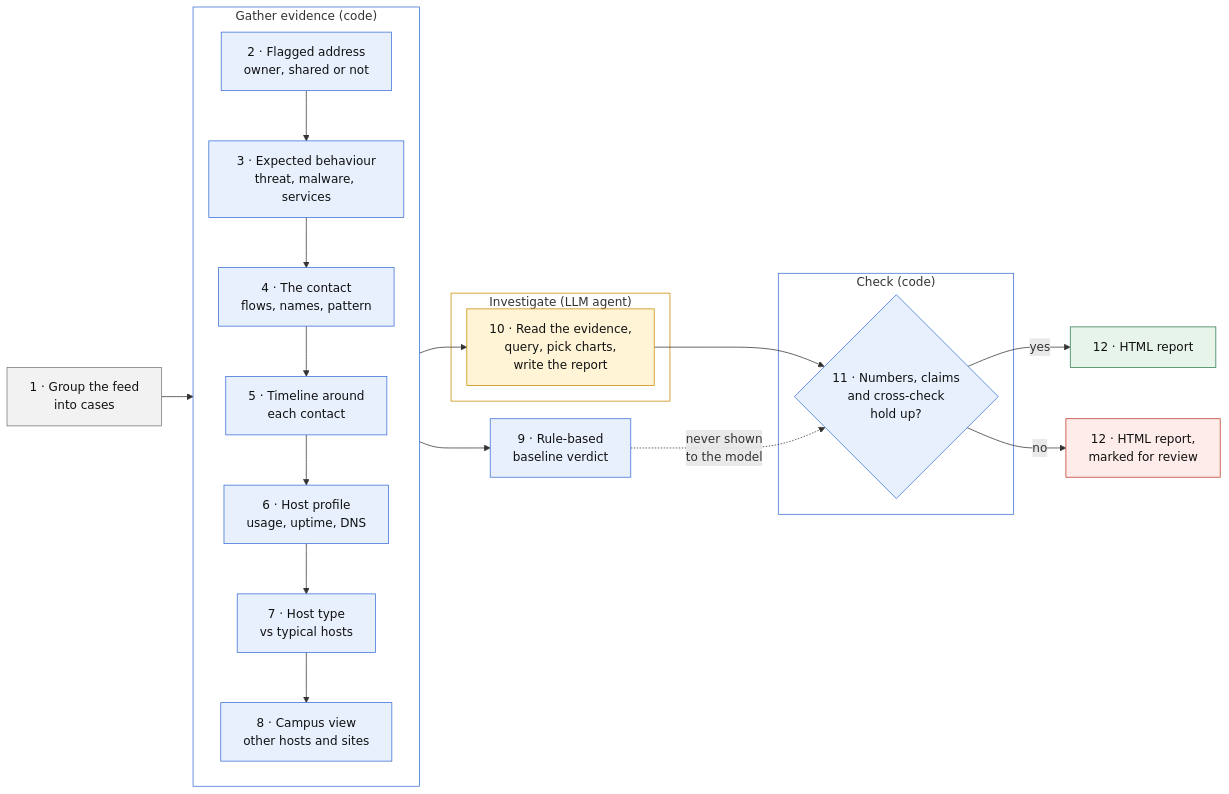
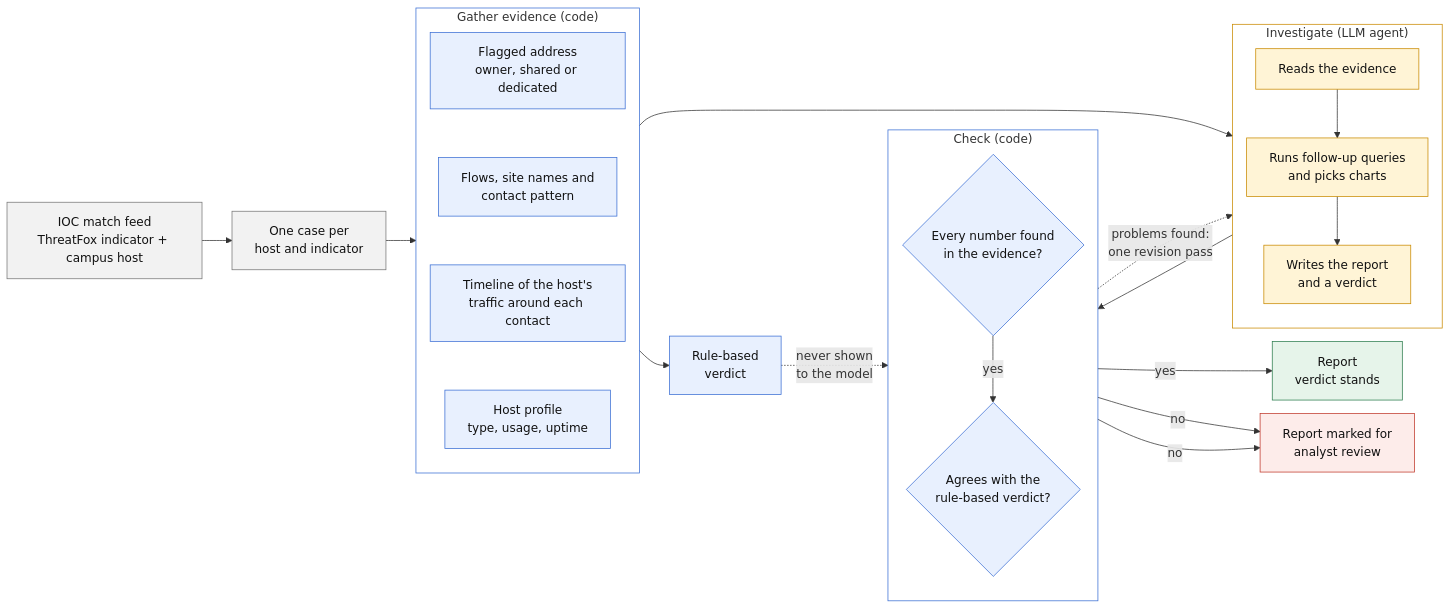
The first of 2 diagrams in README.md (Benji-code/automated-ioc-investigator), drawn with Mermaid before and after one commit.

Commit message:
Simplified workflow diagram

````diff
--- a/README.md
+++ b/README.md
@@ -33,47 +33,55 @@
 ```mermaid
-%%{init: {"flowchart": {"nodeSpacing": 22, "rankSpacing": 42}}}%%
+%%{init: {"flowchart": {"nodeSpacing": 18, "rankSpacing": 40}}}%%
 flowchart LR
-    s1["1 · Group the feed<br/>into cases"] --> gather
+    feed["IOC match feed<br/>ThreatFox indicator + campus host"] --> cases["One case per<br/>host and indicator"]
+    cases --> gather
 
     subgraph gather["Gather evidence (code)"]
         direction TB
-        s2["2 · Flagged address<br/>owner, shared or not"]
-        s3["3 · Expected behaviour<br/>threat, malware, services"]
-        s4["4 · The contact<br/>flows, names, pattern"]
-        s5["5 · Timeline around<br/>each contact"]
-        s6["6 · Host profile<br/>usage, uptime, DNS"]
-        s7["7 · Host type<br/>vs typical hosts"]
-        s8["8 · Campus view<br/>other hosts and sites"]
-        s2 --> s3 --> s4 --> s5 --> s6 --> s7 --> s8
+        g1["Flagged address<br/>owner, shared or dedicated"]
+        g2["Flows, site names and<br/>contact pattern"]
+        g3["Timeline of the host's<br/>traffic around each contact"]
+        g4["Host profile<br/>type, usage, uptime"]
+        g1 ~~~ g2 ~~~ g3 ~~~ g4
     end
 
-    gather --> s9["9 · Rule-based<br/>baseline verdict"]
-    gather --> s10
+    gather --> investigate
+    gather --> rules["Rule-based<br/>verdict"]
 
     subgraph investigate["Investigate (LLM agent)"]
-        s10["10 · Read the evidence,<br/>query, pick charts,<br/>write the report"]
+        direction TB
+        m1["Reads the evidence"]
+        m2["Runs follow-up queries<br/>and picks charts"]
+        m3["Writes the report<br/>and a verdict"]
+        m1 --> m2 --> m3
     end
 
+    investigate --> check
+
     subgraph check["Check (code)"]
-        s11{"11 · Numbers, claims<br/>and cross-check<br/>hold up?"}
+        direction TB
+        c1{"Every number found<br/>in the evidence?"}
+        c2{"Agrees with the<br/>rule-based verdict?"}
+        c1 -- yes --> c2
     end
 
-    s10 --> s11
-    s9 -. "never shown<br/>to the model" .-> s11
-    s11 -- yes --> s12["12 · HTML report"]
-    s11 -- "no" --> s12r["12 · HTML report,<br/>marked for review"]
+    rules -. "never shown<br/>to the model" .-> c2
+    check -. "problems found:<br/>one revision pass" .-> investigate
+    c2 -- yes --> done["Report<br/>verdict stands"]
+    c1 -- no --> review["Report marked for<br/>analyst review"]
+    c2 -- no --> review
 
     classDef code fill:#e8f0fe,stroke:#3b6fd4,color:#111
     classDef model fill:#fff4d6,stroke:#c98a00,color:#111
     classDef io fill:#f2f2f2,stroke:#777,color:#111
     classDef good fill:#e6f4ea,stroke:#2e7d4f,color:#111
     classDef warn fill:#fdecea,stroke:#c0392b,color:#111
-    class s2,s3,s4,s5,s6,s7,s8,s9,s11 code
-    class s10 model
-    class s1 io
-    class s12 good
-    class s12r warn
+    class g1,g2,g3,g4,c1,c2,rules code
+    class m1,m2,m3 model
+    class feed,cases io
+    class done good
+    class review warn
     style gather fill:none,stroke:#3b6fd4
     style investigate fill:none,stroke:#c98a00
     style check fill:none,stroke:#3b6fd4
 ```
````
